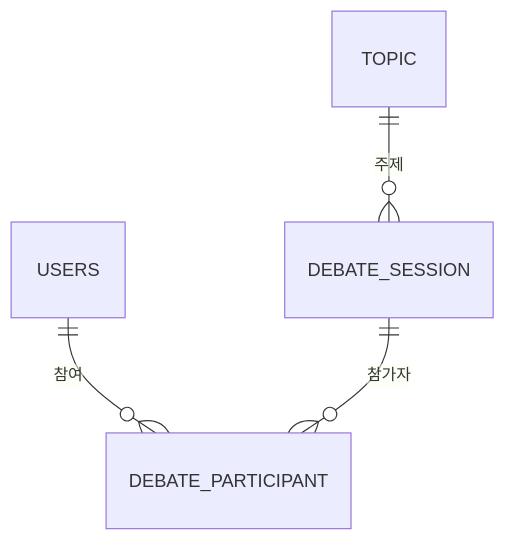
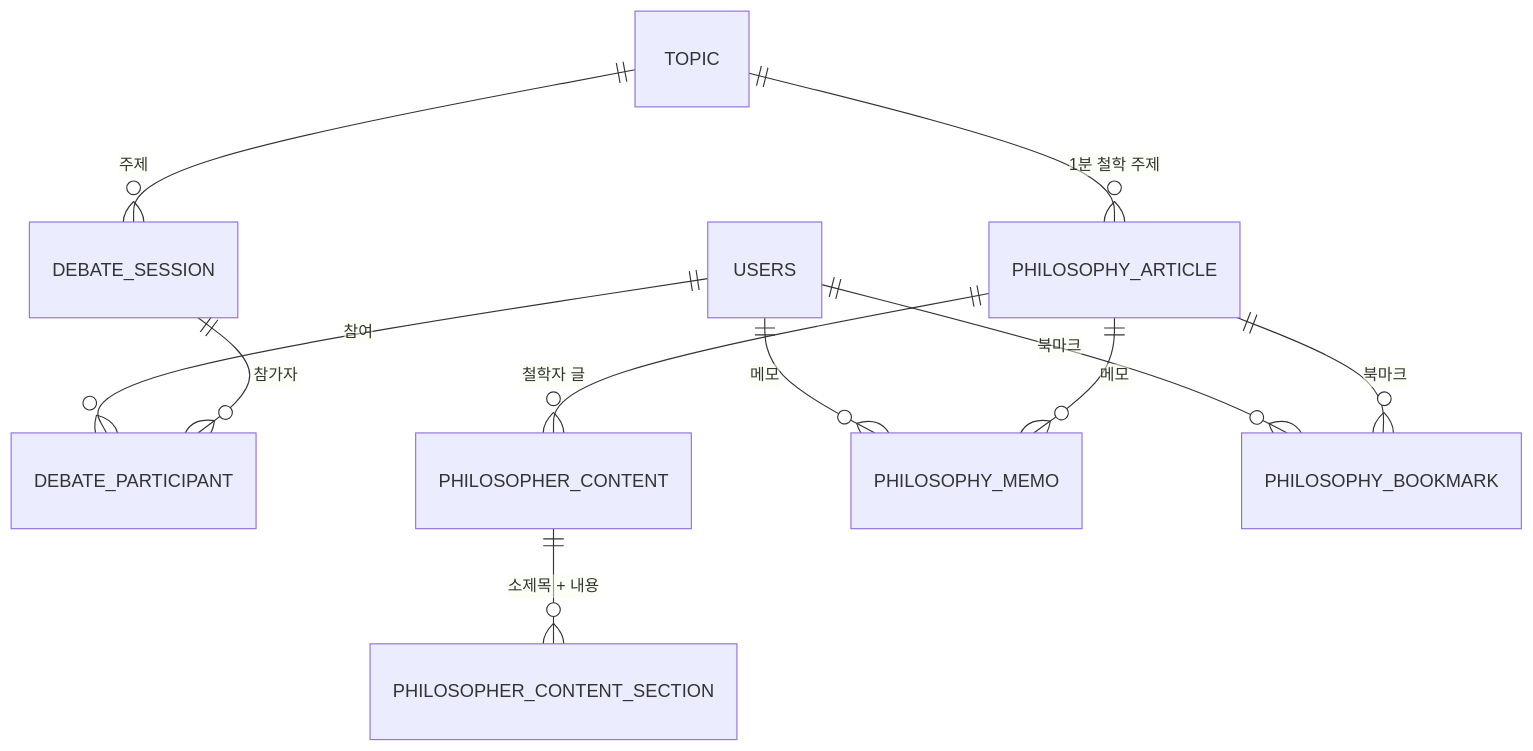
Before and after one commit to LIKELION14-DemoDay/yacha-backend: the first of 2 diagrams in docs/야차철학_ERD_API명세_Final_v2.md, drawn with Mermaid. The commit also changed other lines of this file, not shown here.

````diff
--- a/docs/야차철학_ERD_API명세_Final_v2.md
+++ b/docs/야차철학_ERD_API명세_Final_v2.md
@@ -49,8 +56,16 @@
 ```mermaid
 erDiagram
     USERS ||--o{ DEBATE_PARTICIPANT : "참여"
 
     TOPIC ||--o{ DEBATE_SESSION : "주제"
 
     DEBATE_SESSION ||--o{ DEBATE_PARTICIPANT : "참가자"
+
+    TOPIC ||--o{ PHILOSOPHY_ARTICLE : "1분 철학 주제"
+    PHILOSOPHY_ARTICLE ||--o{ PHILOSOPHER_CONTENT : "철학자 글"
+    PHILOSOPHER_CONTENT ||--o{ PHILOSOPHER_CONTENT_SECTION : "소제목 + 내용"
+    USERS ||--o{ PHILOSOPHY_MEMO : "메모"
+    PHILOSOPHY_ARTICLE ||--o{ PHILOSOPHY_MEMO : "메모"
+    USERS ||--o{ PHILOSOPHY_BOOKMARK : "북마크"
+    PHILOSOPHY_ARTICLE ||--o{ PHILOSOPHY_BOOKMARK : "북마크"
 ```
````
